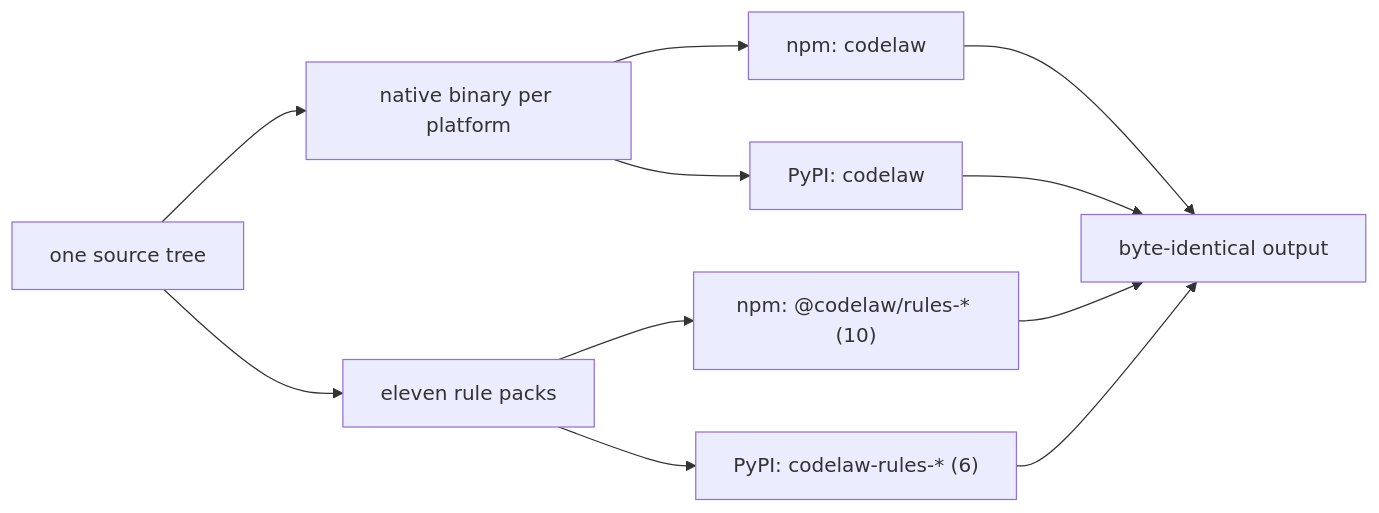
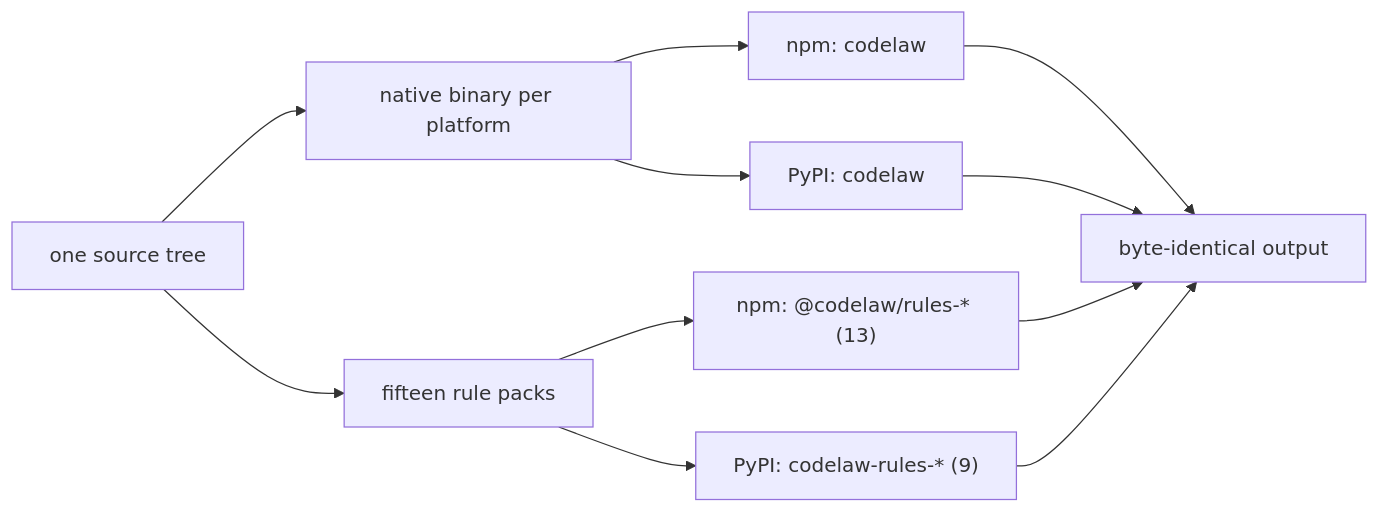
The diagram in records/0008_LAW-6-python-and-node-packages.md (arpitarya/codelaw), drawn with Mermaid before and after one commit. The commit also changed other lines of this file and 71 other files, not shown here.

````diff
--- a/records/0008_LAW-6-python-and-node-packages.md
+++ b/records/0008_LAW-6-python-and-node-packages.md
@@ -31,13 +31,13 @@
 ```mermaid
 flowchart LR
     B["one source tree"] --> X["native binary per platform"]
     X --> N["npm: codelaw"]
     X --> Y["PyPI: codelaw"]
-    B --> R["eleven rule packs"]
-    R --> N2["npm: @codelaw/rules-* (10)"]
-    R --> Y2["PyPI: codelaw-rules-* (6)"]
+    B --> R["fifteen rule packs"]
+    R --> N2["npm: @codelaw/rules-* (13)"]
+    R --> Y2["PyPI: codelaw-rules-* (9)"]
     N --> O["byte-identical output"]
     Y --> O
     N2 --> O
     Y2 --> O
 ```
````
